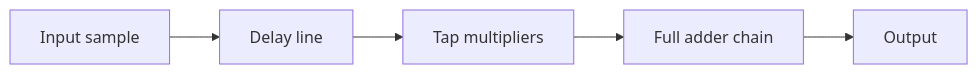
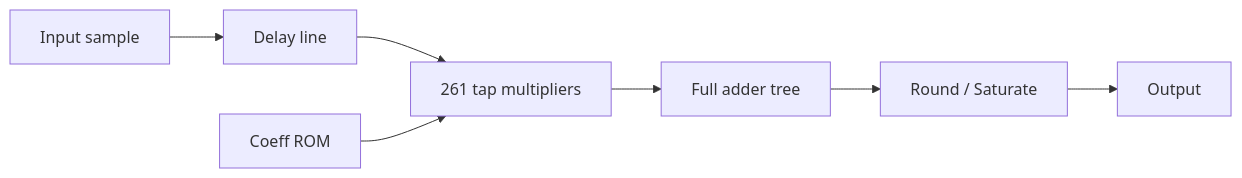
One commit to AIALRA-0/FIR-Lowpass-Filter changed the diagram in docs/assets/dfg/direct_form.mmd. Above: the diagram before and after it, drawn with Mermaid. The commit also changed 88 other files, not shown here.

```diff
--- a/docs/assets/dfg/direct_form.mmd
+++ b/docs/assets/dfg/direct_form.mmd
@@ -1,5 +1,7 @@
 flowchart LR
     IN[Input sample] --> DL[Delay line]
-    DL --> MUL[Tap multipliers]
-    MUL --> ACC[Full adder chain]
-    ACC --> OUT[Output]
+    DL --> MUL[261 tap multipliers]
+    COEF[Coeff ROM] --> MUL
+    MUL --> ACC[Full adder tree]
+    ACC --> QS[Round / Saturate]
+    QS --> OUT[Output]
```
